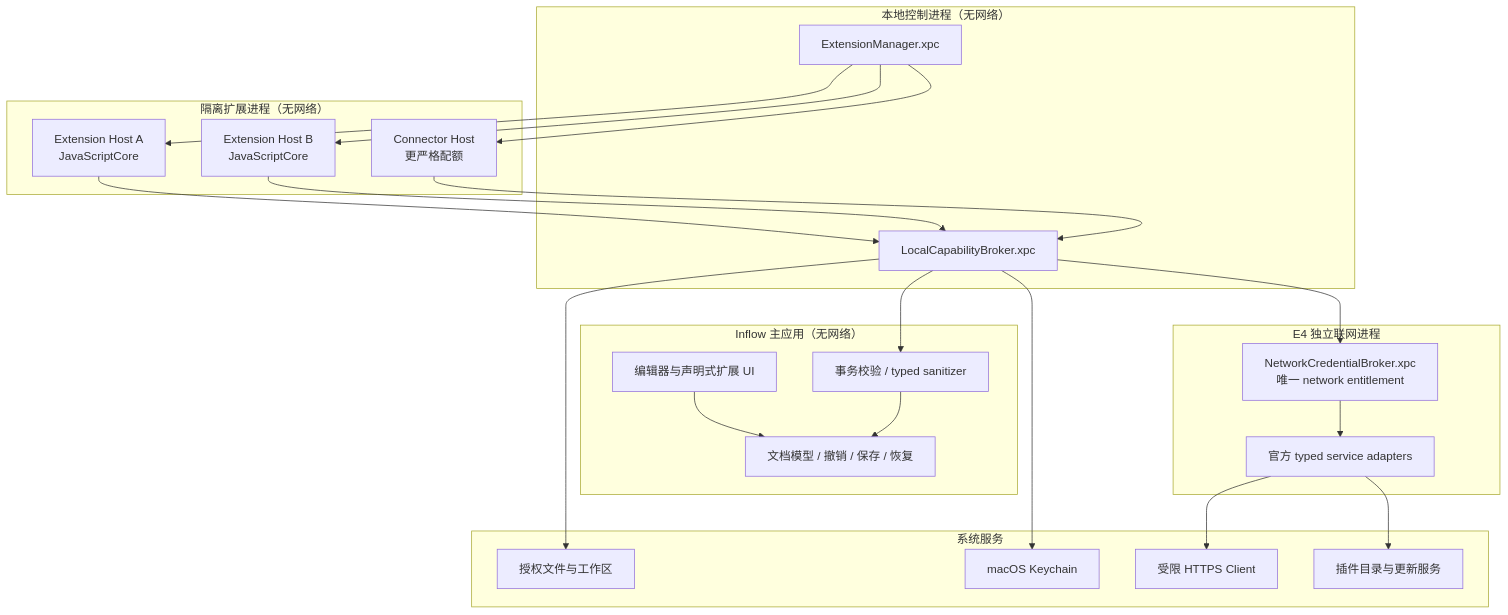
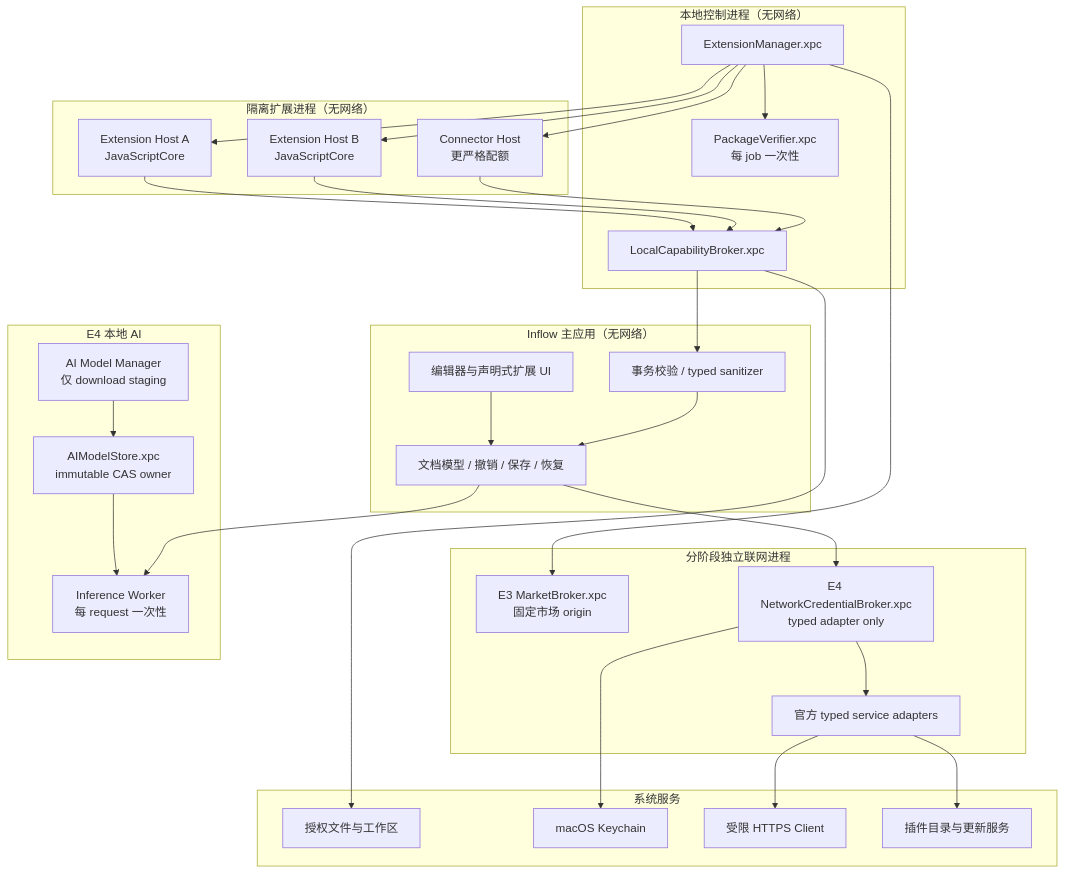
Before and after one commit to Eulimene/Inflow: the first of 3 diagrams in docs/engineering/extensions/SYSTEM_DESIGN.md, drawn with Mermaid. The commit also changed other lines of this file and 57 other files, not shown here.

````diff
--- a/docs/engineering/extensions/SYSTEM_DESIGN.md
+++ b/docs/engineering/extensions/SYSTEM_DESIGN.md
@@ -62,47 +66,60 @@
 ```mermaid
 flowchart TB
     subgraph App["Inflow 主应用（无网络）"]
       UI["编辑器与声明式扩展 UI"]
       Core["文档模型 / 撤销 / 保存 / 恢复"]
       Guard["事务校验 / typed sanitizer"]
     end
 
     subgraph Control["本地控制进程（无网络）"]
       Manager["ExtensionManager.xpc"]
+      Verifier["PackageVerifier.xpc\n每 job 一次性"]
       Broker["LocalCapabilityBroker.xpc"]
     end
 
     subgraph Hosts["隔离扩展进程（无网络）"]
       H1["Extension Host A\nJavaScriptCore"]
       H2["Extension Host B\nJavaScriptCore"]
       HC["Connector Host\n更严格配额"]
     end
 
-    subgraph Network["E4 独立联网进程"]
-      NB["NetworkCredentialBroker.xpc\n唯一 network entitlement"]
+    subgraph Network["分阶段独立联网进程"]
+      MB["E3 MarketBroker.xpc\n固定市场 origin"]
+      NB["E4 NetworkCredentialBroker.xpc\ntyped adapter only"]
       Adapters["官方 typed service adapters"]
+    end
+
+    subgraph AI["E4 本地 AI"]
+      MM["AI Model Manager\n仅 download staging"]
+      MS["AIModelStore.xpc\nimmutable CAS owner"]
+      IW["Inference Worker\n每 request 一次性"]
     end
 
     subgraph System["系统服务"]
       FS["授权文件与工作区"]
       KC["macOS Keychain"]
       Net["受限 HTTPS Client"]
       Store["插件目录与更新服务"]
     end
 
     UI --> Core
+    Manager --> Verifier
     Manager --> H1
     Manager --> H2
     Manager --> HC
     H1 --> Broker
     H2 --> Broker
     HC --> Broker
     Broker --> Guard
     Guard --> Core
     Broker --> FS
-    Broker --> KC
-    Broker --> NB
+    NB --> KC
+    Core --> NB
+    Manager --> MB
+    MM --> MS
+    MS --> IW
+    Core --> IW
     NB --> Adapters
     Adapters --> Net
     Adapters --> Store
 ```
````
